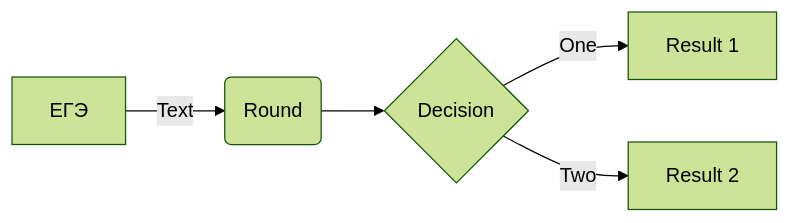
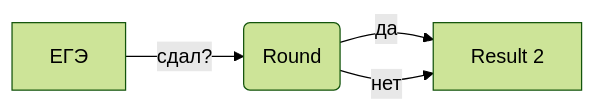
Before and after one commit to taya02/taya02.github.io: the diagram in README.md, drawn with Mermaid (forest theme).

````diff
--- a/README.md
+++ b/README.md
@@ -29,8 +29,8 @@
 ```mermaid
 flowchart LR
 
-A[ЕГЭ] -->|Text| B(Round)
-B --> C{Decision}
-C -->|One| D[Result 1]
-C -->|Two| E[Result 2]
+A[ЕГЭ] -->|сдал?| B(Round)
+B -->|да| C[Result 1]
+B -->|нет| C[Result 2]
+C
 ```
````
